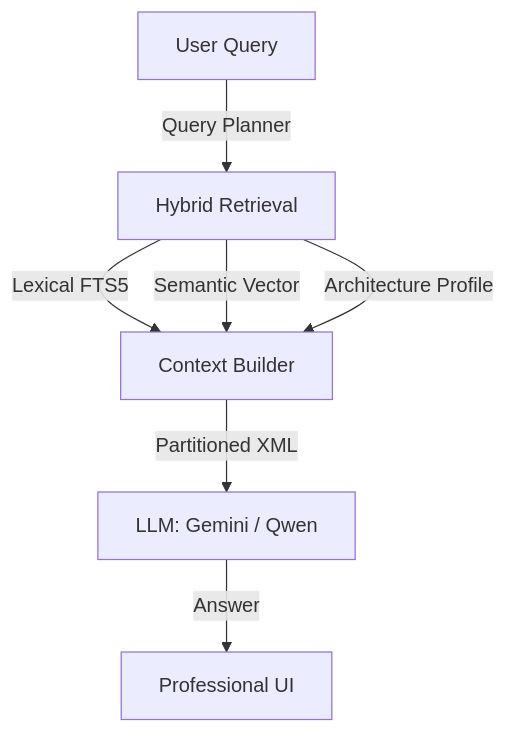
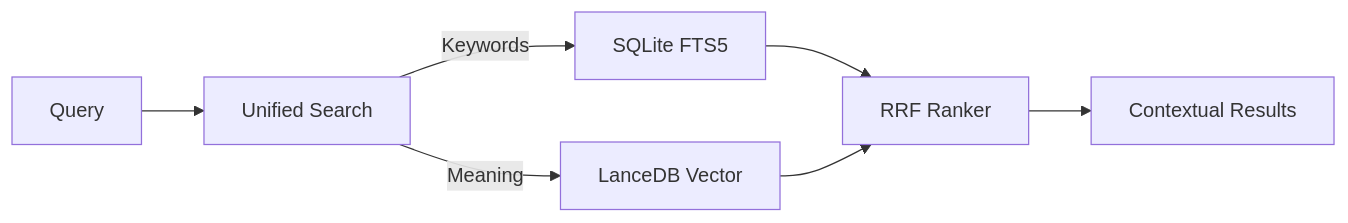
Before and after one commit to Binitpyro/Personal_Memory_Assistant: the second of 2 diagrams in README.md, drawn with Mermaid. The commit also changed other lines of this file and 190 other files, not shown here.

````diff
--- a/README.md
+++ b/README.md
@@ -32,9 +122,9 @@
 ```mermaid
-graph TD
-    G[User Query] -->|Query Planner| H[Hybrid Retrieval]
-    H -->|Lexical FTS5| I[Context Builder]
-    H -->|Semantic Vector| I
-    H -->|Architecture Profile| I
-    I -->|Partitioned XML| J[LLM: Gemini / Qwen]
-    J -->|Answer| K[Professional UI]
+graph LR
+    A[Query] --> B[Unified Search]
+    B -->|Keywords| C[SQLite FTS5]
+    B -->|Meaning| D[LanceDB Vector]
+    C --> E[RRF Ranker]
+    D --> E
+    E --> F[Contextual Results]
 ```
````
